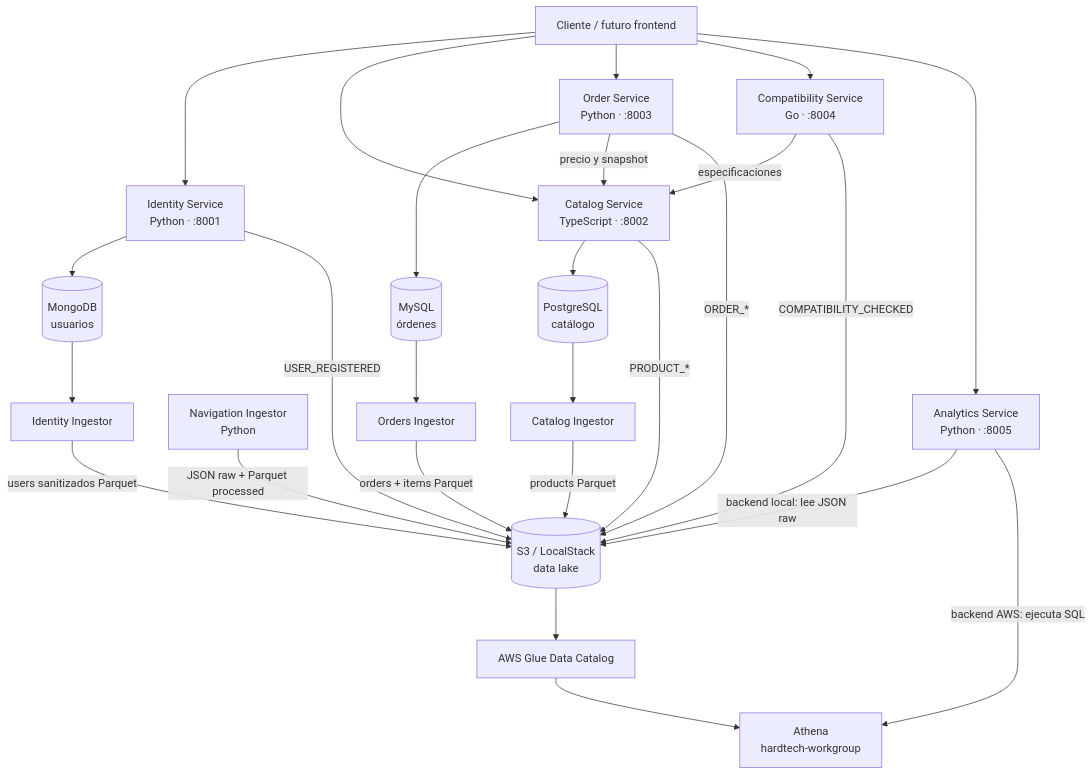
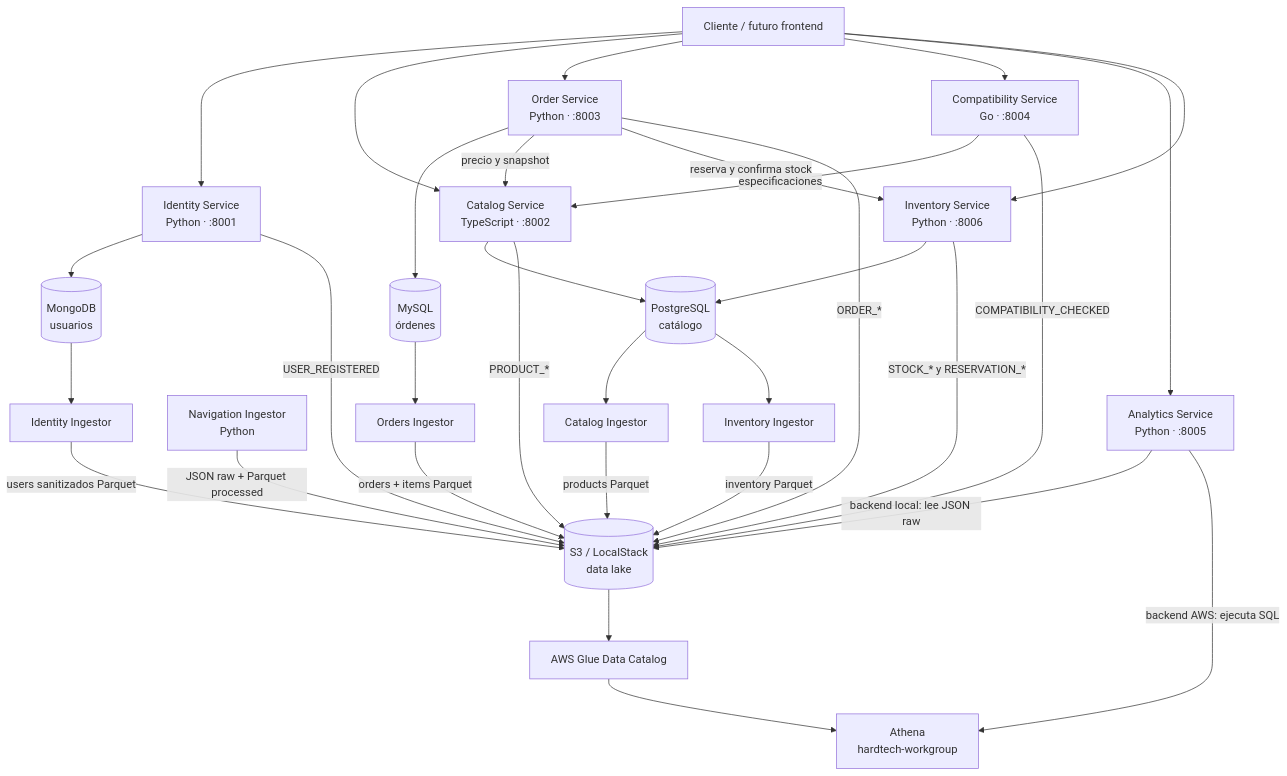
One commit to SebaU12/HardTechHub-v2 changed the first of 3 diagrams in README.md. Above: the diagram before and after it, drawn with Mermaid. The commit also changed other lines of this file and 11 other files, not shown here.

````diff
--- a/README.md
+++ b/README.md
@@ -25,30 +26,36 @@
 ```mermaid
 flowchart TB
     Client[Cliente / futuro frontend] --> Identity[Identity Service<br/>Python · :8001]
     Client --> Catalog[Catalog Service<br/>TypeScript · :8002]
     Client --> Orders[Order Service<br/>Python · :8003]
     Client --> Compatibility[Compatibility Service<br/>Go · :8004]
     Client --> Analytics[Analytics Service<br/>Python · :8005]
+    Client --> Inventory[Inventory Service<br/>Python · :8006]
 
     Identity --> Mongo[(MongoDB<br/>usuarios)]
     Identity -->|USER_REGISTERED| S3
     Catalog --> Postgres[(PostgreSQL<br/>catálogo)]
     Catalog -->|PRODUCT_*| S3
     Orders --> MySQL[(MySQL<br/>órdenes)]
     Orders -->|precio y snapshot| Catalog
+    Orders -->|reserva y confirma stock| Inventory
     Orders -->|ORDER_*| S3
     Compatibility -->|especificaciones| Catalog
     Compatibility -->|COMPATIBILITY_CHECKED| S3
+    Inventory --> Postgres
+    Inventory -->|STOCK_* y RESERVATION_*| S3
 
     Ingestor[Navigation Ingestor<br/>Python] -->|JSON raw + Parquet processed| S3[(S3 / LocalStack<br/>data lake)]
     Postgres --> CatalogBatch[Catalog Ingestor]
     MySQL --> OrdersBatch[Orders Ingestor]
     Mongo --> IdentityBatch[Identity Ingestor]
+    Postgres --> InventoryBatch[Inventory Ingestor]
     CatalogBatch -->|products Parquet| S3
     OrdersBatch -->|orders + items Parquet| S3
     IdentityBatch -->|users sanitizados Parquet| S3
+    InventoryBatch -->|inventory Parquet| S3
     Analytics -->|backend local: lee JSON raw| S3
     S3 --> Glue[AWS Glue Data Catalog]
     Glue --> Athena[Athena<br/>hardtech-workgroup]
     Analytics -->|backend AWS: ejecuta SQL| Athena
 ```
````
